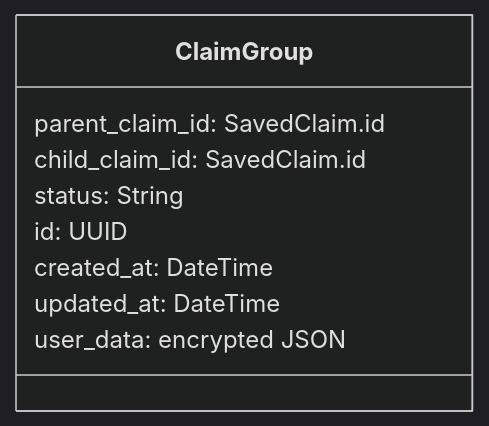
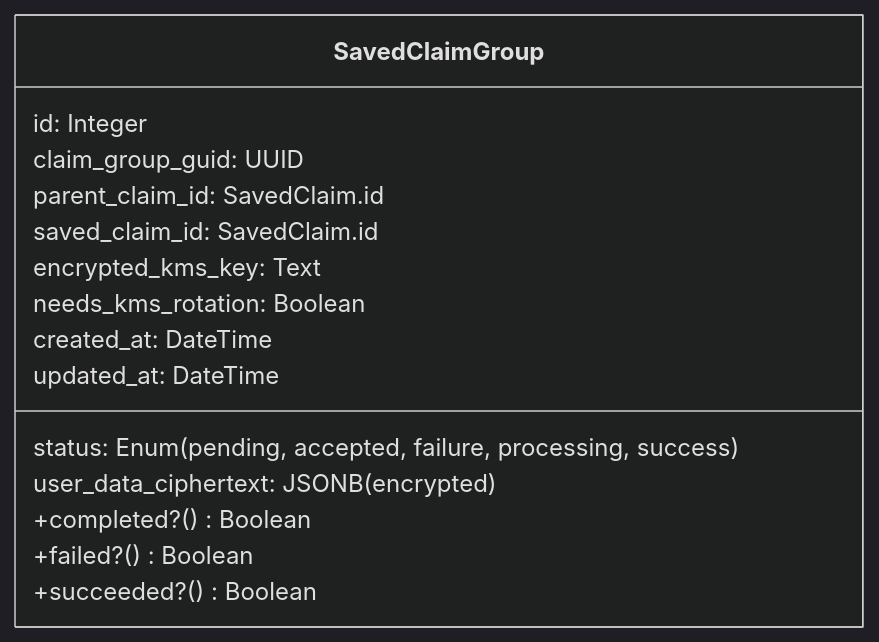
Before and after one commit to department-of-veterans-affairs/vets-api: the first of 4 diagrams in modules/dependents_benefits/documentation/data_flow_diagrams/class_diagrams.md, drawn with Mermaid (dark theme). The commit also changed other lines of this file and 5 other files, not shown here.

````diff
--- a/modules/dependents_benefits/documentation/data_flow_diagrams/class_diagrams.md
+++ b/modules/dependents_benefits/documentation/data_flow_diagrams/class_diagrams.md
@@ -3,12 +3,18 @@
 ```mermaid
 classDiagram
-class ClaimGroup {
+class SavedClaimGroup {
+	id: Integer
+	claim_group_guid: UUID
 	parent_claim_id: SavedClaim.id
-	child_claim_id: SavedClaim.id
-	status: String
-	id: UUID
+	saved_claim_id: SavedClaim.id
+	status: Enum (pending, accepted, failure, processing, success)
+	user_data_ciphertext: JSONB (encrypted)
+	encrypted_kms_key: Text
+	needs_kms_rotation: Boolean
 	created_at: DateTime
 	updated_at: DateTime
-	user_data: encrypted JSON
+	+completed?() Boolean
+	+failed?() Boolean
+	+succeeded?() Boolean
 }
 ```
````
